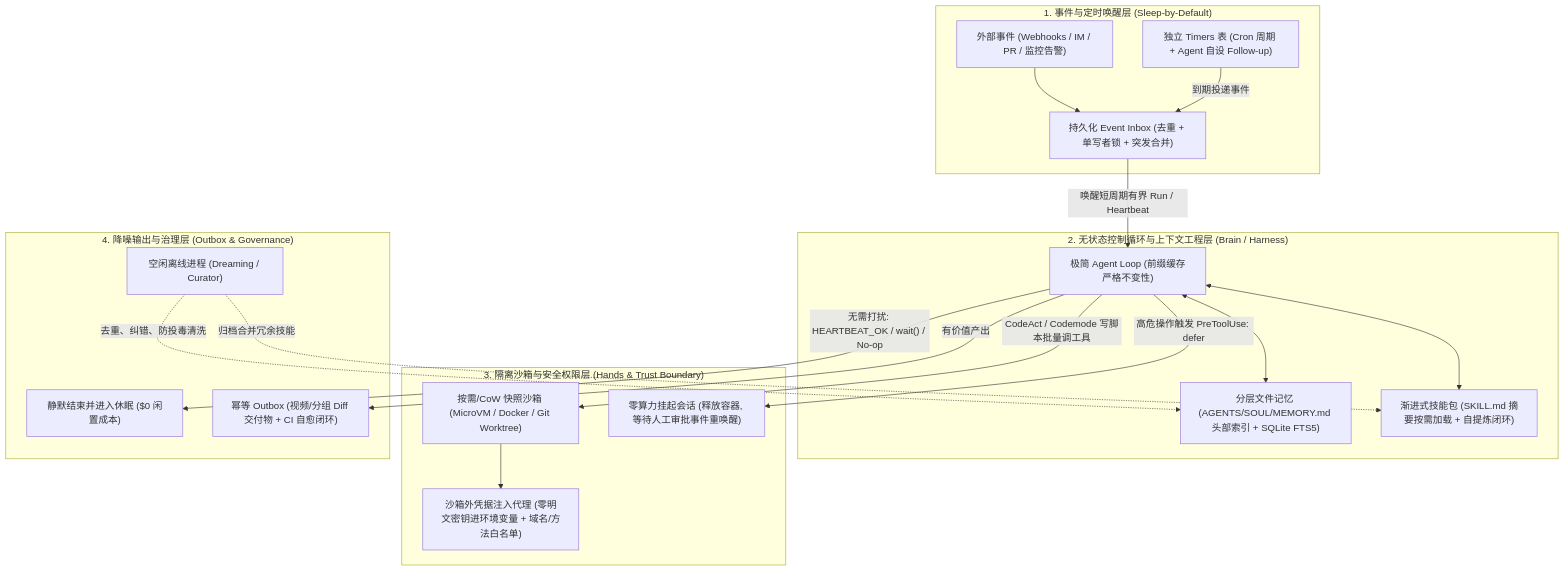
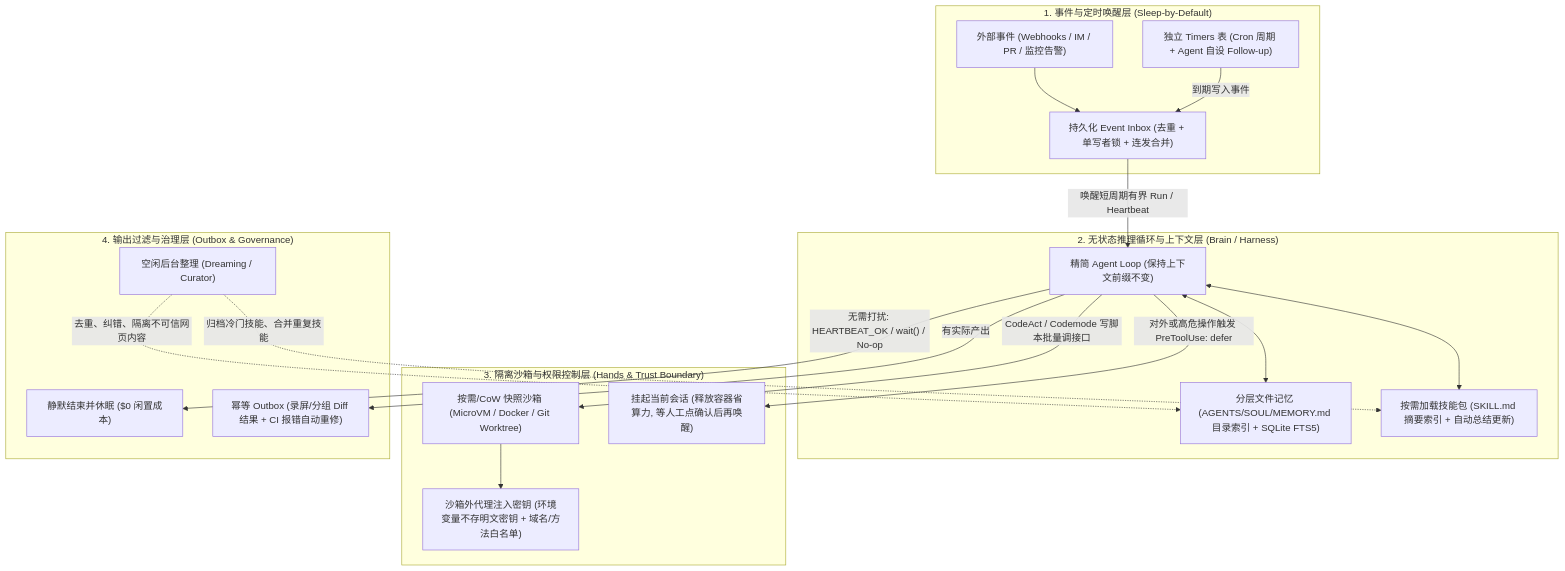
Before and after one commit to project-aoi/ng-agents: the diagram in docs/01-agent-landscape-2026.md, drawn with Mermaid. The commit also changed other lines of this file and 4 other files, not shown here.

````diff
--- a/docs/01-agent-landscape-2026.md
+++ b/docs/01-agent-landscape-2026.md
@@ -12,26 +12,26 @@
 ```mermaid
 flowchart TB
     subgraph Trigger["1. 事件与定时唤醒层 (Sleep-by-Default)"]
-        W["外部事件 (Webhooks / IM / PR / 监控告警)"] --> Inbox["持久化 Event Inbox (去重 + 单写者锁 + 突发合并)"]
-        Timer["独立 Timers 表 (Cron 周期 + Agent 自设 Follow-up)"] -->|"到期投递事件"| Inbox
+        W["外部事件 (Webhooks / IM / PR / 监控告警)"] --> Inbox["持久化 Event Inbox (去重 + 单写者锁 + 连发合并)"]
+        Timer["独立 Timers 表 (Cron 周期 + Agent 自设 Follow-up)"] -->|"到期写入事件"| Inbox
     end
 
-    subgraph Control["2. 无状态控制循环与上下文工程层 (Brain / Harness)"]
-        Inbox -->|"唤醒短周期有界 Run / Heartbeat"| Loop["极简 Agent Loop (前缀缓存严格不变性)"]
-        Loop <--> Mem["分层文件记忆 (AGENTS/SOUL/MEMORY.md 头部索引 + SQLite FTS5)"]
-        Loop <--> Skills["渐进式技能包 (SKILL.md 摘要按需加载 + 自提炼闭环)"]
+    subgraph Control["2. 无状态推理循环与上下文层 (Brain / Harness)"]
+        Inbox -->|"唤醒短周期有界 Run / Heartbeat"| Loop["精简 Agent Loop (保持上下文前缀不变)"]
+        Loop <--> Mem["分层文件记忆 (AGENTS/SOUL/MEMORY.md 目录索引 + SQLite FTS5)"]
+        Loop <--> Skills["按需加载技能包 (SKILL.md 摘要索引 + 自动总结更新)"]
     end
 
-    subgraph Exec["3. 隔离沙箱与安全权限层 (Hands & Trust Boundary)"]
-        Loop -->|"CodeAct / Codemode 写脚本批量调工具"| Sandbox["按需/CoW 快照沙箱 (MicroVM / Docker / Git Worktree)"]
-        Sandbox --> Proxy["沙箱外凭据注入代理 (零明文密钥进环境变量 + 域名/方法白名单)"]
-        Loop -->|"高危操作触发 PreToolUse: defer"| Defer["零算力挂起会话 (释放容器, 等待人工审批事件重唤醒)"]
+    subgraph Exec["3. 隔离沙箱与权限控制层 (Hands & Trust Boundary)"]
+        Loop -->|"CodeAct / Codemode 写脚本批量调接口"| Sandbox["按需/CoW 快照沙箱 (MicroVM / Docker / Git Worktree)"]
+        Sandbox --> Proxy["沙箱外代理注入密钥 (环境变量不存明文密钥 + 域名/方法白名单)"]
+        Loop -->|"对外或高危操作触发 PreToolUse: defer"| Defer["挂起当前会话 (释放容器省算力, 等人工点确认后再唤醒)"]
     end
 
-    subgraph Out["4. 降噪输出与治理层 (Outbox & Governance)"]
-        Loop -->|"无需打扰: HEARTBEAT_OK / wait() / No-op"| Silent["静默结束并进入休眠 ($0 闲置成本)"]
-        Loop -->|"有价值产出"| Outbox["幂等 Outbox (视频/分组 Diff 交付物 + CI 自愈闭环)"]
-        Dream["空闲离线进程 (Dreaming / Curator)"] -.->|"去重、纠错、防投毒清洗"| Mem
-        Dream -.->|"归档合并冗余技能"| Skills
+    subgraph Out["4. 输出过滤与治理层 (Outbox & Governance)"]
+        Loop -->|"无需打扰: HEARTBEAT_OK / wait() / No-op"| Silent["静默结束并休眠 ($0 闲置成本)"]
+        Loop -->|"有实际产出"| Outbox["幂等 Outbox (录屏/分组 Diff 结果 + CI 报错自动重修)"]
+        Dream["空闲后台整理 (Dreaming / Curator)"] -.->|"去重、纠错、隔离不可信网页内容"| Mem
+        Dream -.->|"归档冷门技能、合并重复技能"| Skills
     end
 ```
````
